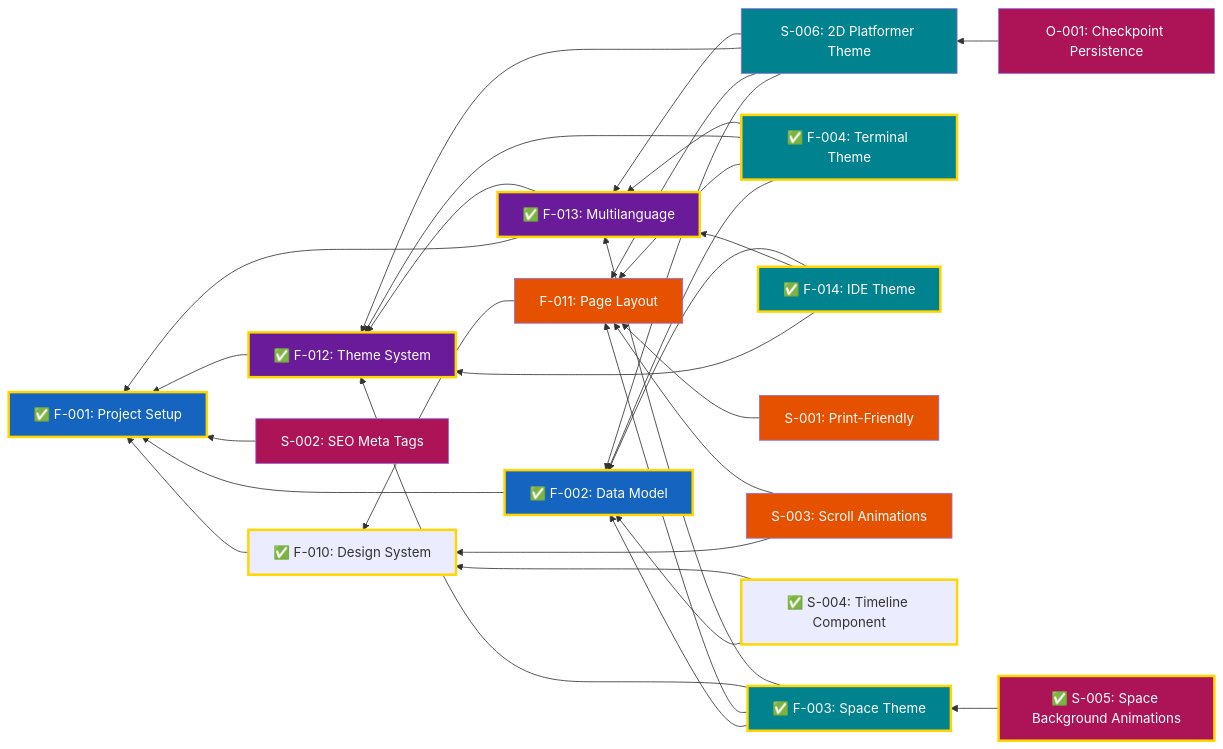
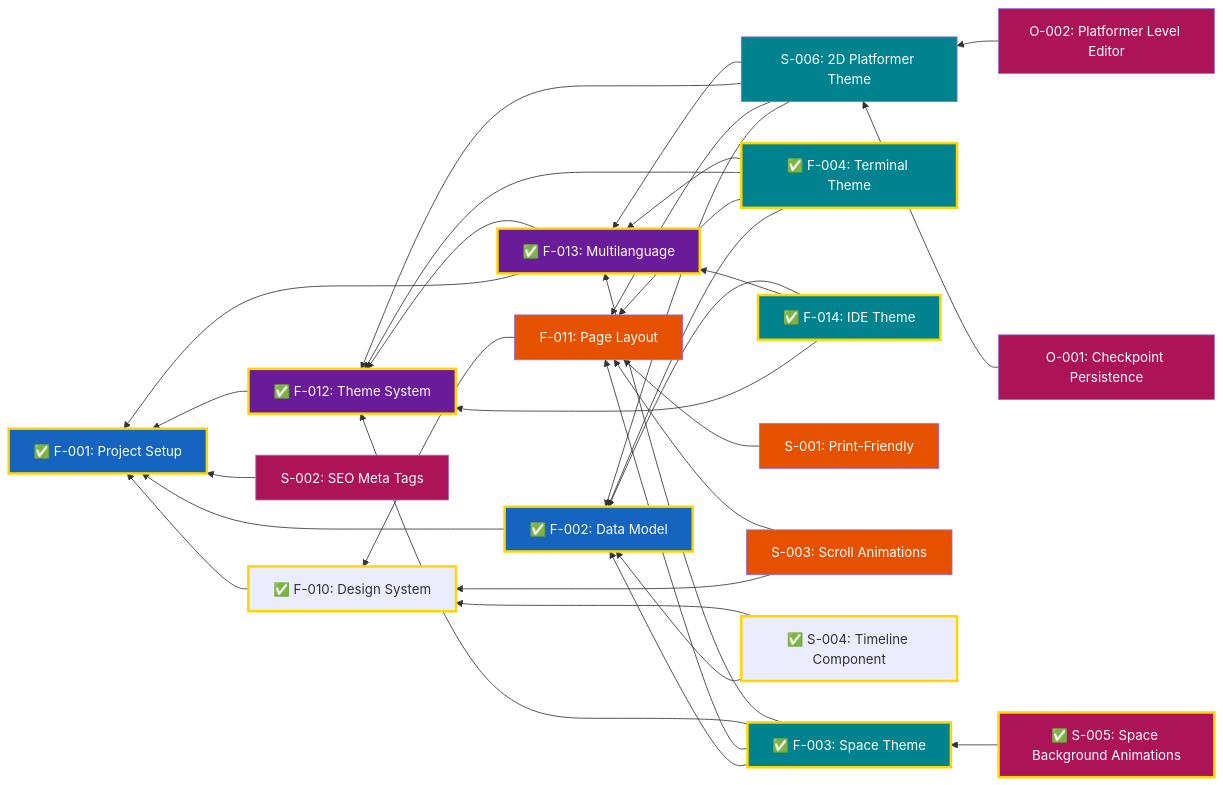
Before and after one commit to garcipat/cv-website: the diagram in docs/Features.md, drawn with Mermaid. The commit also changed other lines of this file and 1 other file, not shown here.

Commit message:
push spec update

````diff
--- a/docs/Features.md
+++ b/docs/Features.md
@@ -74,72 +76,74 @@
 ```mermaid
 graph RL
     F001["✅ F-001: Project Setup"]
     F002["✅ F-002: Data Model"]
     F003["✅ F-003: Space Theme"]
     F004["✅ F-004: Terminal Theme"]
     F010["✅ F-010: Design System"]
     F011["F-011: Page Layout"]
     F012["✅ F-012: Theme System"]
     F013["✅ F-013: Multilanguage"]
     F014["✅ F-014: IDE Theme"]
     S001["S-001: Print-Friendly"]
     S002["S-002: SEO Meta Tags"]
     S003["S-003: Scroll Animations"]
     S004["✅ S-004: Timeline Component"]
     S005["✅ S-005: Space Background Animations"]
     S006["S-006: 2D Platformer Theme"]
     O001["O-001: Checkpoint Persistence"]
+    O002["O-002: Platformer Level Editor"]
 
     F003 --> F002
     F003 --> F011
     F003 --> F012
     F003 --> F013
     F004 --> F002
     F004 --> F011
     F004 --> F012
     F004 --> F013
     F002 --> F001
     F010 --> F001
     F011 --> F010
     F012 --> F001
     F013 --> F001
     F013 --> F012
     F014 --> F012
     F014 --> F013
     F014 --> F002
     S001 --> F011
     S002 --> F001
     S003 --> F010
     S003 --> F011
     S004 --> F002
     S004 --> F010
     S005 --> F003
     S006 --> F002
     S006 --> F011
     S006 --> F012
     S006 --> F013
     O001 --> S006
+    O002 --> S006
 
     classDef done stroke:#FFD600,stroke-width:3px
     classDef projectSetup fill:#1565C0,color:#ffffff
     classDef layoutNavigation fill:#E65100,color:#ffffff
     classDef themeInfrastructure fill:#6A1B9A,color:#ffffff
     classDef themes fill:#00838F,color:#ffffff
     classDef enhancements fill:#AD1457,color:#ffffff
 
     class F001 done
     class F002 done
     class F001,F002 projectSetup
     class F010 done
     class F012 done
     class F013 done
     class F003 done
     class F004 done
     class F003,F004,F014,S006 themes
     class F011,S001,S003 layoutNavigation
     class F012,F013 themeInfrastructure
     class F014 done
     class S004 done
-    class S002,S005,O001 enhancements
+    class S002,S005,O001,O002 enhancements
     class S005 done
 ```
````
